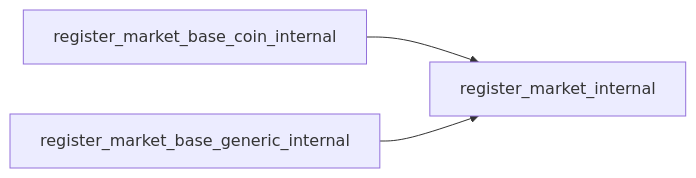
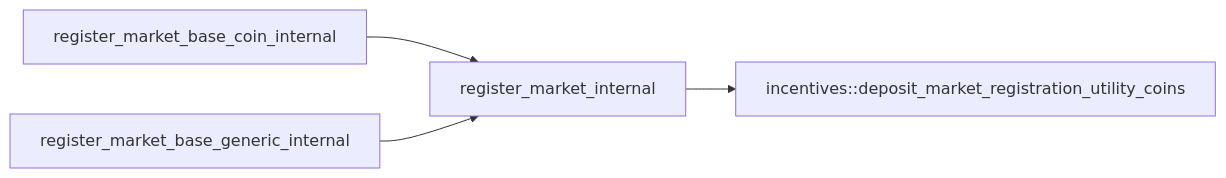
Before and after one commit to econia-labs/econia: the fourth of 4 diagrams in src/move/econia/build/Econia/docs/registry.md, drawn with Mermaid. The commit also changed other lines of this file and 1 other file, not shown here.

Commit message:
Add depedency chart, change NIL flag

````diff
--- a/src/move/econia/build/Econia/docs/registry.md
+++ b/src/move/econia/build/Econia/docs/registry.md
@@ -149,8 +167,11 @@
 ```mermaid
 
 flowchart LR
 
 register_market_base_coin_internal --> register_market_internal
 register_market_base_generic_internal --> register_market_internal
 
+register_market_internal -->
+incentives::deposit_market_registration_utility_coins
+
 ```
````
